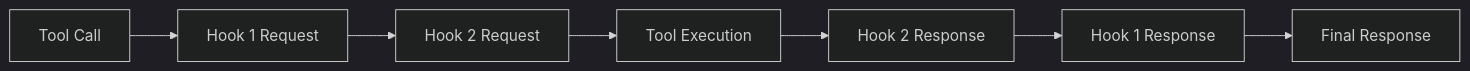
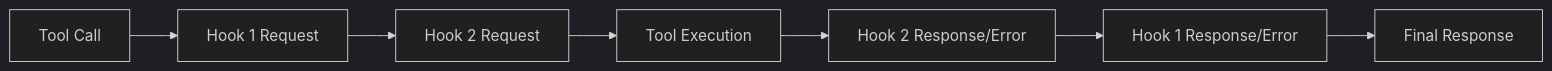
Before and after one commit to civicteam/mcp-hooks: the diagram in packages/hook-common/README.md, drawn with Mermaid (dark theme). The commit also changed other lines of this file and 5 other files, not shown here.

````diff
--- a/packages/hook-common/README.md
+++ b/packages/hook-common/README.md
@@ -202,9 +204,9 @@
 ```mermaid
 graph LR
     A[Tool Call] --> B[Hook 1 Request]
     B --> C[Hook 2 Request]
     C --> D[Tool Execution]
-    D --> E[Hook 2 Response]
-    E --> F[Hook 1 Response]
+    D --> E[Hook 2 Response/Error]
+    E --> F[Hook 1 Response/Error]
     F --> G[Final Response]
 ```
````
